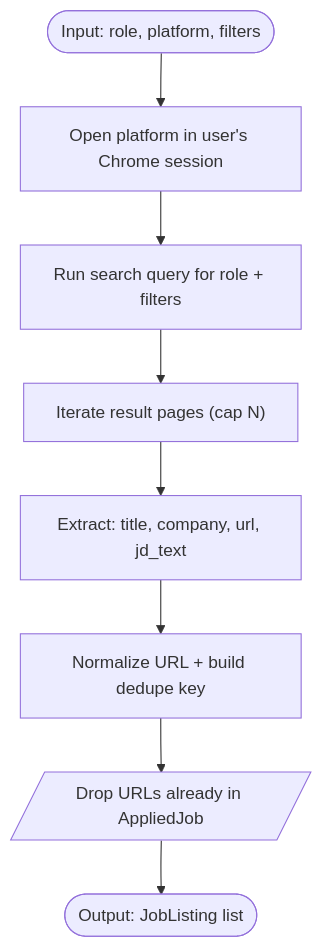
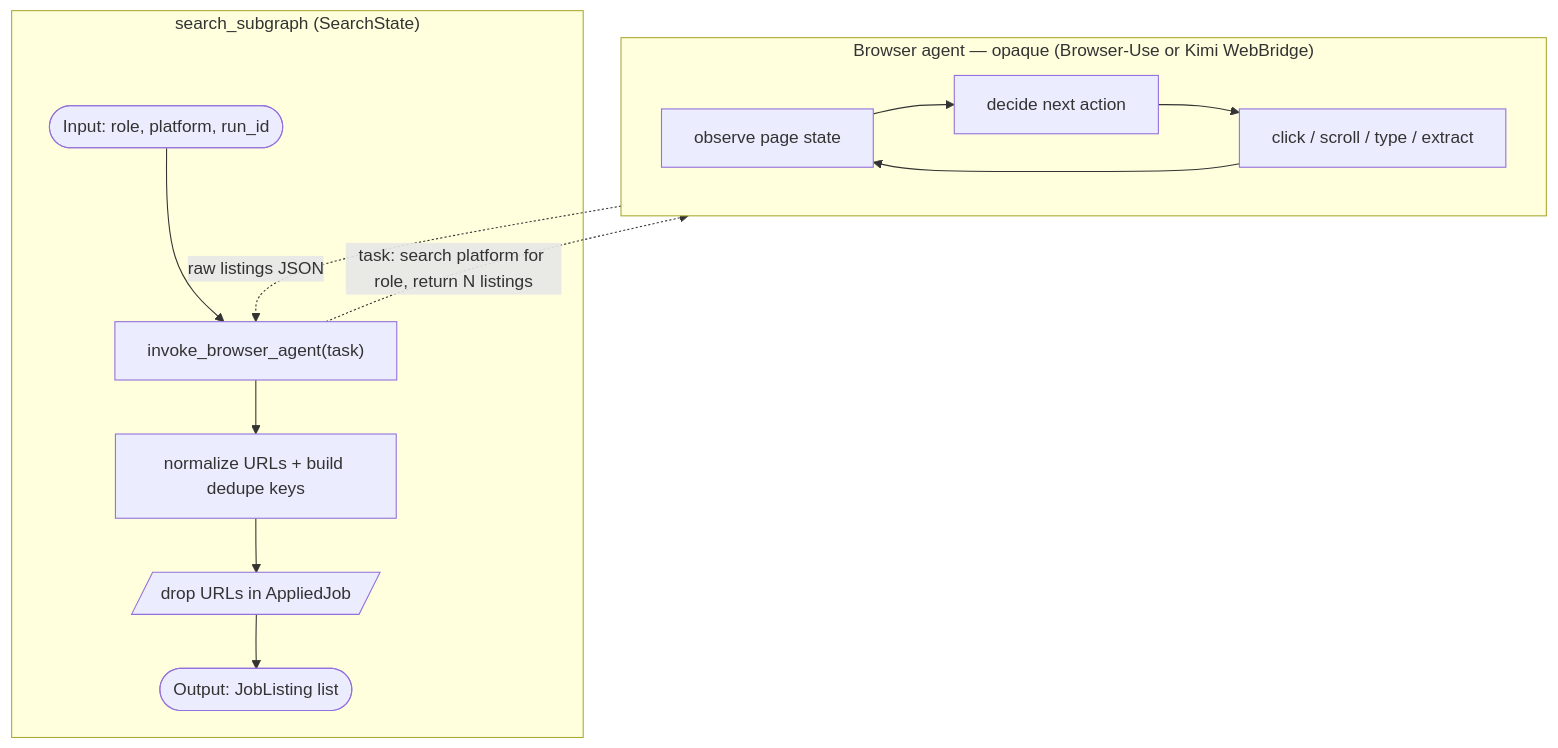
The fourth of 10 diagrams in System Design/JobPilot-System-Design.md (HamzaFayaz/JobPilot), drawn with Mermaid before and after one commit. The commit also changed other lines of this file, not shown here.

````diff
--- a/System Design/JobPilot-System-Design.md
+++ b/System Design/JobPilot-System-Design.md
@@ -134,13 +173,22 @@
 ```mermaid
 flowchart TD
-    inSearch(["Input: role, platform, filters"])
-    openPlat["Open platform in user's Chrome session"]
-    runQuery["Run search query for role + filters"]
-    paginate["Iterate result pages (cap N)"]
-    extract["Extract: title, company, url, jd_text"]
-    normalize["Normalize URL + build dedupe key"]
-    dropApplied[/"Drop URLs already in AppliedJob"/]
-    outList(["Output: JobListing list"])
+    subgraph searchSubgraph ["search_subgraph (SearchState)"]
+        inSearch(["Input: role, platform, run_id"])
+        invokeBrowser["invoke_browser_agent(task)"]
+        normalize["normalize URLs + build dedupe keys"]
+        dropApplied[/"drop URLs in AppliedJob"/]
+        outList(["Output: JobListing list"])
 
-    inSearch --> openPlat --> runQuery --> paginate --> extract --> normalize --> dropApplied --> outList
+        inSearch --> invokeBrowser --> normalize --> dropApplied --> outList
+    end
+
+    subgraph browserOpaque ["Browser agent — opaque (Browser-Use or Kimi WebBridge)"]
+        observe["observe page state"]
+        decide["decide next action"]
+        act["click / scroll / type / extract"]
+        observe --> decide --> act --> observe
+    end
+
+    invokeBrowser -.->|"task: search platform for role, return N listings"| browserOpaque
+    browserOpaque -.->|"raw listings JSON"| invokeBrowser
 ```
````
